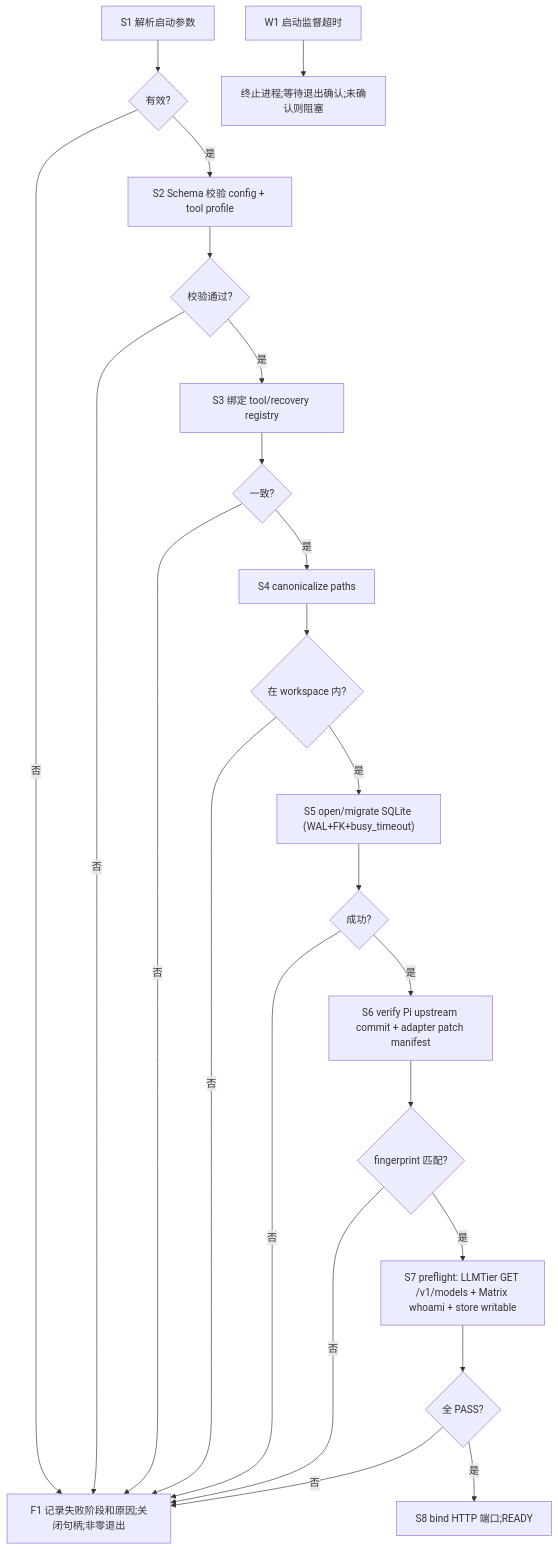
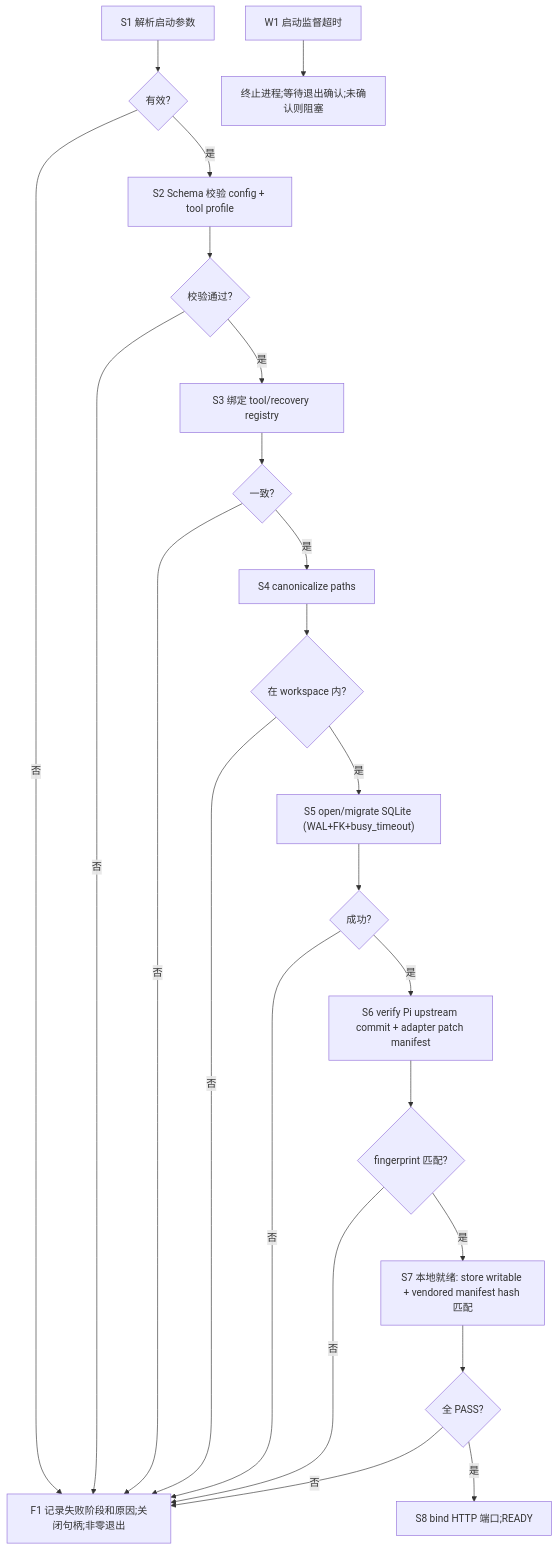
Before and after one commit to corezilla/piko: the fifth of 10 diagrams in docs/20_system_design/piko-system-design.md, drawn with Mermaid. The commit also changed other lines of this file and 20 other files, not shown here.

````diff
--- a/docs/20_system_design/piko-system-design.md
+++ b/docs/20_system_design/piko-system-design.md
@@ -473,25 +473,25 @@
 ```mermaid
 flowchart TD
   S1["S1 解析启动参数"] --> Q1{"有效?"}
   Q1 -- 否 --> F1["F1 记录失败阶段和原因;关闭句柄;非零退出"]
   Q1 -- 是 --> S2["S2 Schema 校验 config + tool profile"]
   S2 --> Q2{"校验通过?"}
   Q2 -- 否 --> F1
   Q2 -- 是 --> S3["S3 绑定 tool/recovery registry"]
   S3 --> Q3{"一致?"}
   Q3 -- 否 --> F1
   Q3 -- 是 --> S4["S4 canonicalize paths"]
   S4 --> Q4{"在 workspace 内?"}
   Q4 -- 否 --> F1
   Q4 -- 是 --> S5["S5 open/migrate SQLite (WAL+FK+busy_timeout)"]
   S5 --> Q5{"成功?"}
   Q5 -- 否 --> F1
   Q5 -- 是 --> S6["S6 verify Pi upstream commit + adapter patch manifest"]
   S6 --> Q6{"fingerprint 匹配?"}
   Q6 -- 否 --> F1
-  Q6 -- 是 --> S7["S7 preflight: LLMTier GET /v1/models + Matrix whoami + store writable"]
+  Q6 -- 是 -->   S7["S7 本地就绪: store writable + vendored manifest hash 匹配"]
   S7 --> Q7{"全 PASS?"}
   Q7 -- 否 --> F1
   Q7 -- 是 --> S8["S8 bind HTTP 端口;READY"]
   W["W1 启动监督超时"] --> X["终止进程;等待退出确认;未确认则阻塞"]
 ```
````
